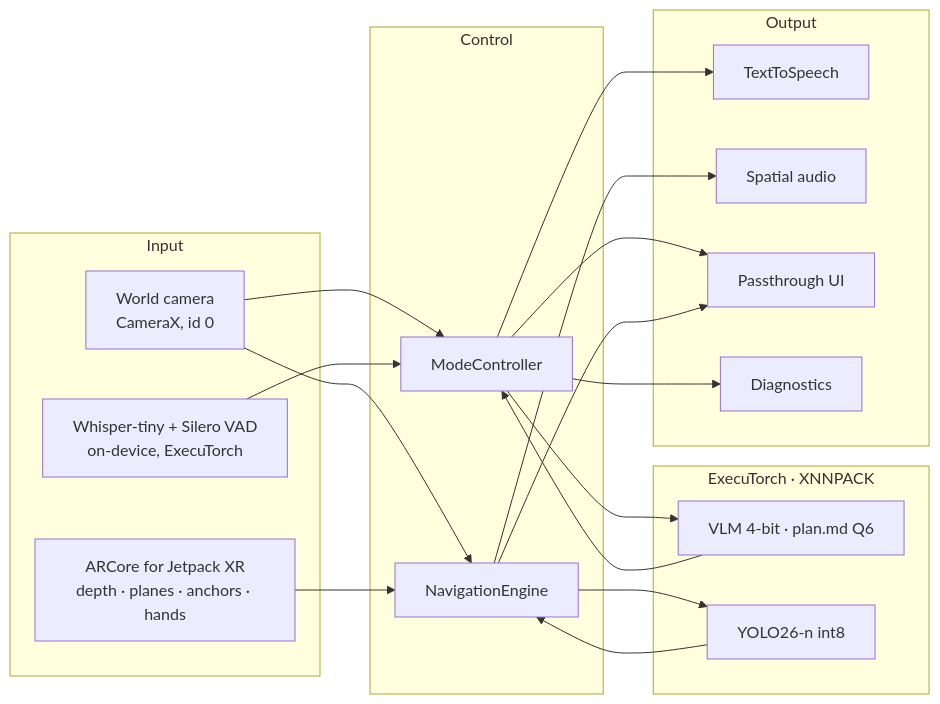
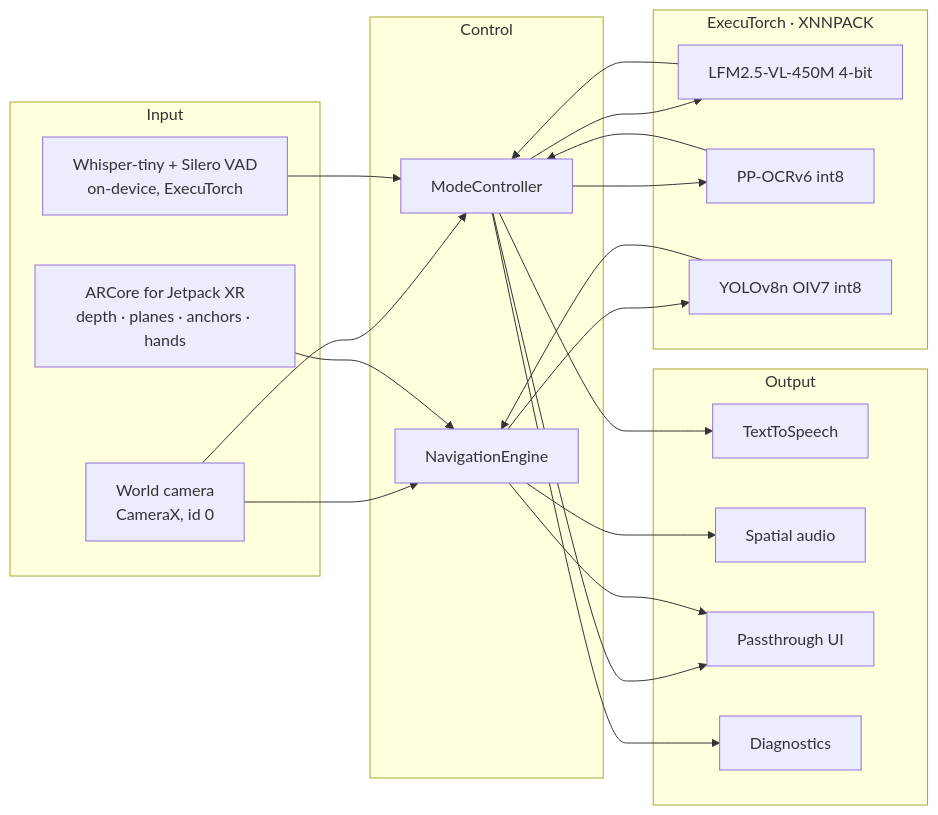
One commit to Cool-Coder174/vysion-app changed the diagram in README.md. Above: the diagram before and after it, drawn with Mermaid. The commit also changed other lines of this file, not shown here.

````diff
--- a/README.md
+++ b/README.md
@@ -33,31 +46,33 @@
 ```mermaid
 flowchart LR
   subgraph Input
     CAM[World camera<br/>CameraX, id 0]
     AR[ARCore for Jetpack XR<br/>depth · planes · anchors · hands]
     SR[Whisper-tiny + Silero VAD<br/>on-device, ExecuTorch]
   end
   subgraph Control
     MC[ModeController]
     NE[NavigationEngine]
   end
   subgraph ExecuTorch["ExecuTorch · XNNPACK"]
-    VLM[VLM 4-bit · plan.md Q6]
-    DET[YOLO26-n int8]
+    VLM[LFM2.5-VL-450M 4-bit]
+    OCR[PP-OCRv6 int8]
+    DET[YOLOv8n OIV7 int8]
   end
   subgraph Output
     TTS[TextToSpeech]
     SA[Spatial audio]
     UI[Passthrough UI]
     DX[Diagnostics]
   end
   CAM --> MC --> VLM --> MC
+  MC --> OCR --> MC
   CAM --> NE --> DET --> NE
   AR --> NE
   SR --> MC
   MC --> TTS
   MC --> UI
   MC --> DX
   NE --> SA
   NE --> UI
 ```
````
